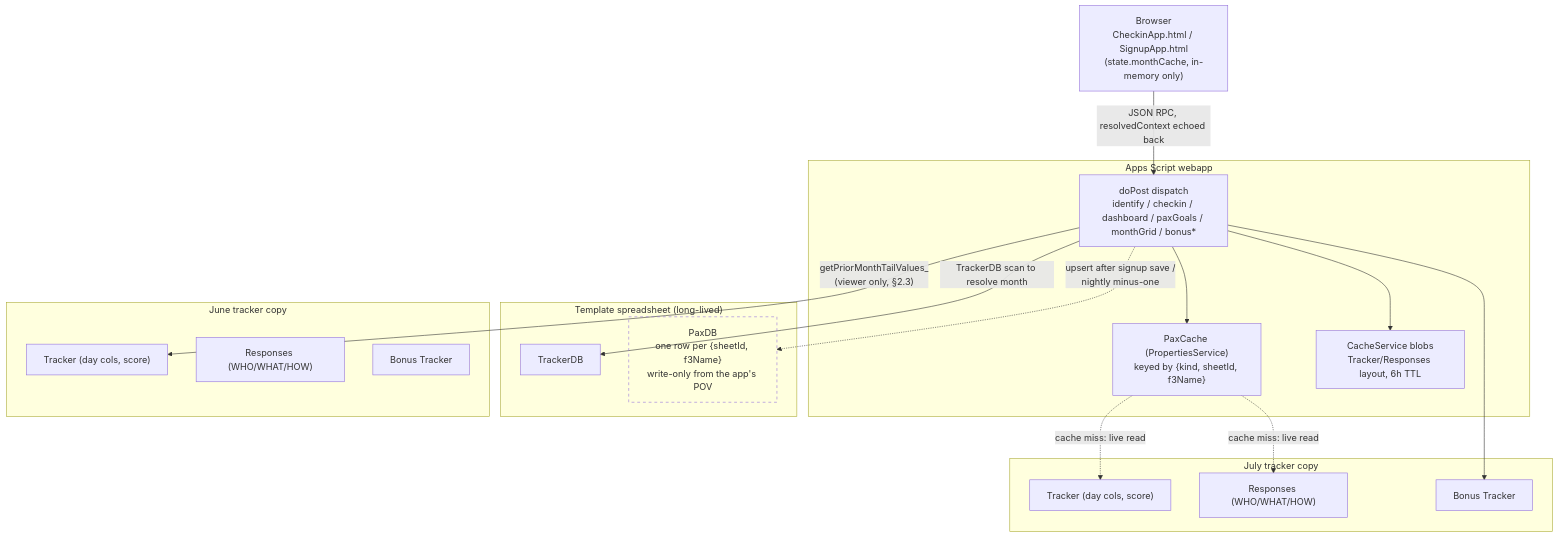
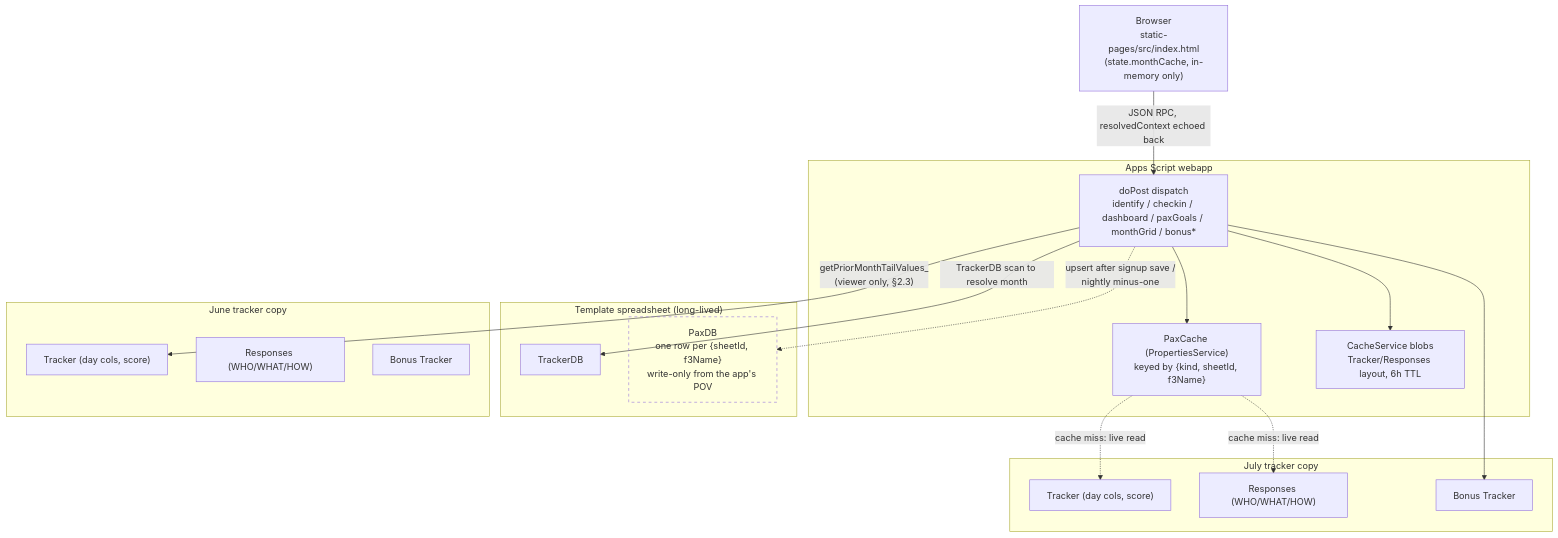
The first of 2 diagrams in docs/pax-data-model-and-contract.md (stuartdonaldson/F3Go30), drawn with Mermaid before and after one commit. The commit also changed other lines of this file and 56 other files, not shown here.

First line of the commit message:
Remove GAS-rendered signup/check-in pages outright (DR-04) (#6)

````diff
--- a/docs/pax-data-model-and-contract.md
+++ b/docs/pax-data-model-and-contract.md
@@ -240,39 +240,39 @@
 ```mermaid
 flowchart TB
-    Browser["Browser<br/>CheckinApp.html / SignupApp.html<br/>(state.monthCache, in-memory only)"]
+    Browser["Browser<br/>static-pages/src/index.html<br/>(state.monthCache, in-memory only)"]
 
     subgraph GAS["Apps Script webapp"]
         Dispatch["doPost dispatch<br/>identify / checkin / dashboard / paxGoals / monthGrid / bonus*"]
         PaxCache["PaxCache (PropertiesService)<br/>keyed by {kind, sheetId, f3Name}"]
         LayoutCache["CacheService blobs<br/>Tracker/Responses layout, 6h TTL"]
     end
 
     subgraph Template["Template spreadsheet (long-lived)"]
         TrackerDB["TrackerDB"]
         PaxDB["PaxDB<br/>one row per {sheetId, f3Name}<br/>write-only from the app's POV"]
     end
 
     subgraph MonthJune["June tracker copy"]
         TJune["Tracker (day cols, score)"]
         RJune["Responses (WHO/WHAT/HOW)"]
         BJune["Bonus Tracker"]
     end
 
     subgraph MonthJuly["July tracker copy"]
         TJuly["Tracker (day cols, score)"]
         RJuly["Responses (WHO/WHAT/HOW)"]
         BJuly["Bonus Tracker"]
     end
 
     Browser -->|"JSON RPC, resolvedContext echoed back"| Dispatch
     Dispatch --> PaxCache
     Dispatch --> LayoutCache
     Dispatch -->|"TrackerDB scan to resolve month"| TrackerDB
     PaxCache -.->|"cache miss: live read"| TJuly
     PaxCache -.->|"cache miss: live read"| RJuly
     Dispatch -->|"getPriorMonthTailValues_<br/>(viewer only, §2.3)"| TJune
     Dispatch --> BJuly
     Dispatch -.->|"upsert after signup save /<br/>nightly minus-one"| PaxDB
 
     style PaxDB fill:#00000000,stroke-dasharray: 5 5
 ```
````
